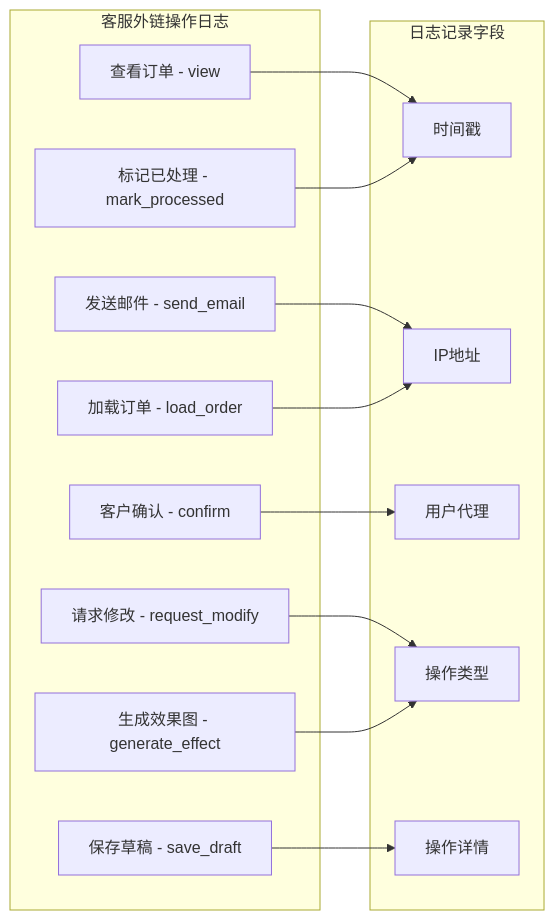
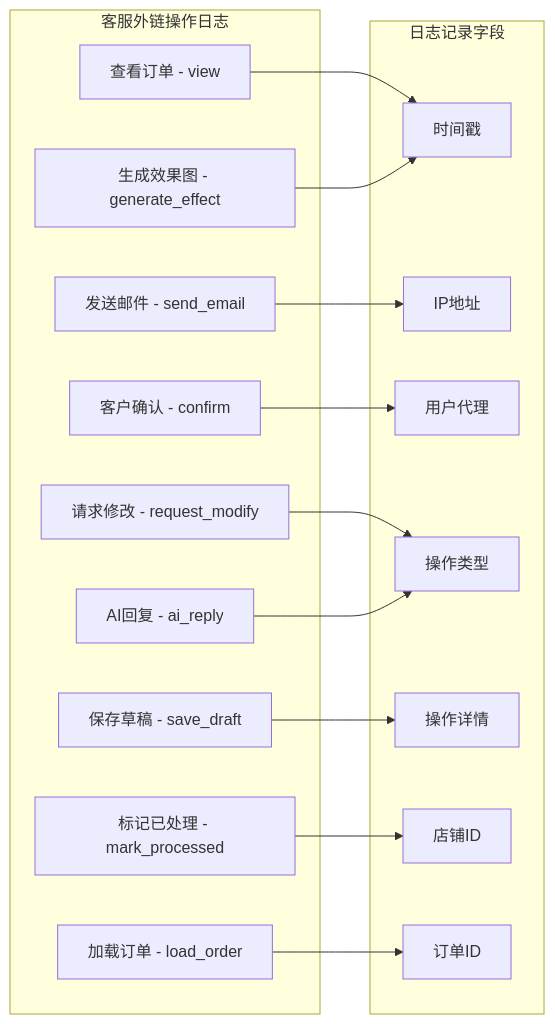
The seventh of 19 diagrams in .qoder/repowiki/zh/content/项目概述.md (SY6621/POD-Order-Management), drawn with Mermaid before and after one commit. The commit also changed other lines of this file and 8 other files, not shown here.

````diff
--- a/.qoder/repowiki/zh/content/项目概述.md
+++ b/.qoder/repowiki/zh/content/项目概述.md
@@ -375,28 +419,32 @@
 ```mermaid
 graph LR
 subgraph "客服外链操作日志"
 ViewOrder[查看订单 - view]
 SendEmail[发送邮件 - send_email]
 ConfirmOrder[客户确认 - confirm]
 RequestModify[请求修改 - request_modify]
 SaveDraft[保存草稿 - save_draft]
 MarkProcessed[标记已处理 - mark_processed]
 LoadOrder[加载订单 - load_order]
 GenerateEffect[生成效果图 - generate_effect]
+AIReply[AI回复 - ai_reply]
 end
 subgraph "日志记录字段"
 Timestamp[时间戳]
 IPAddress[IP地址]
 UserAgent[用户代理]
 Action[操作类型]
 Details[操作详情]
+ShopID[店铺ID]
+OrderID[订单ID]
 end
 ViewOrder --> Timestamp
 SendEmail --> IPAddress
 ConfirmOrder --> UserAgent
 RequestModify --> Action
 SaveDraft --> Details
-MarkProcessed --> Timestamp
-LoadOrder --> IPAddress
-GenerateEffect --> Action
+MarkProcessed --> ShopID
+LoadOrder --> OrderID
+GenerateEffect --> Timestamp
+AIReply --> Action
 ```
````
